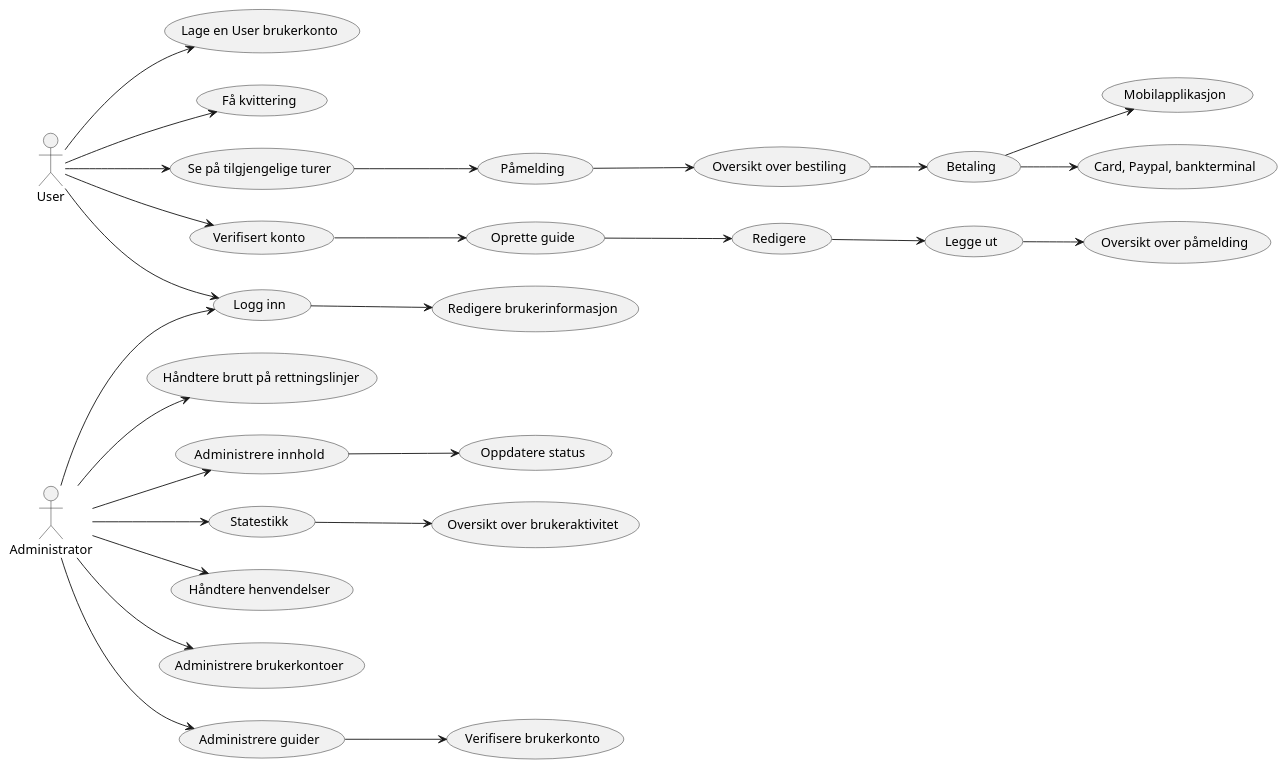
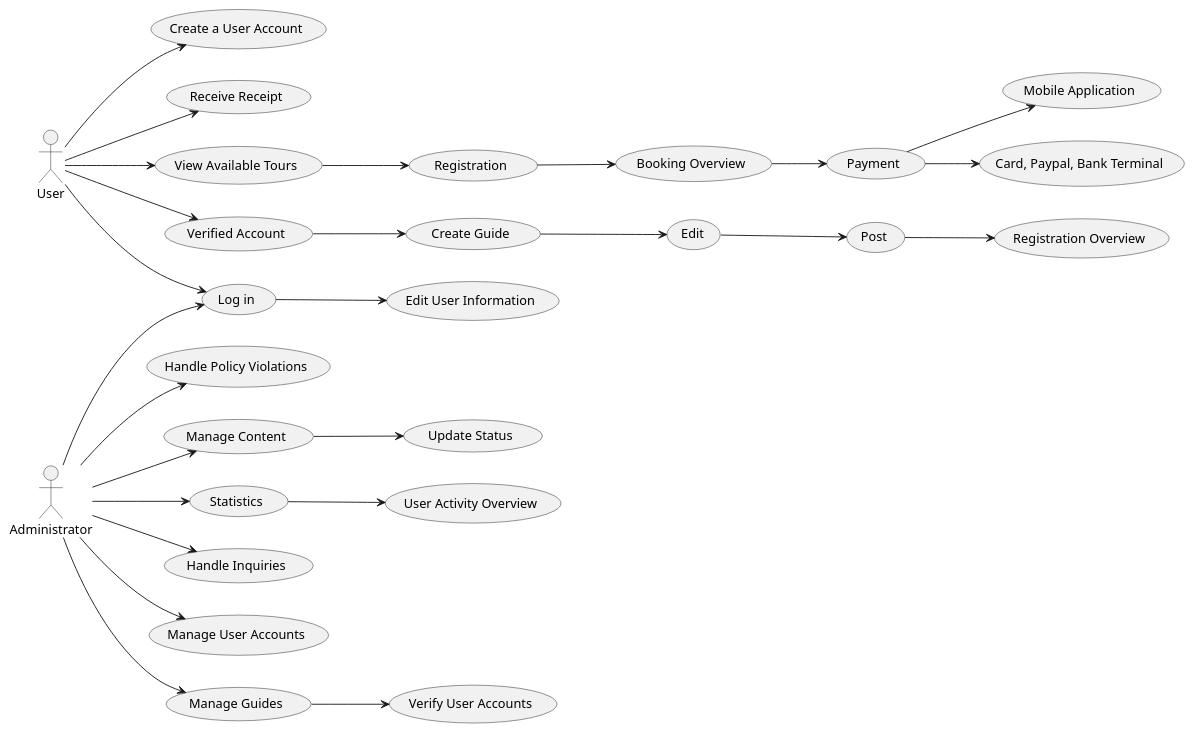
The diagram in use-case_diagram.puml (khadijo/Group18.YourGuide.Prototype), drawn with PlantUML before and after one commit.

Commit message:
The Final Use Case Diagram, That includes Admin

```diff
--- a/use-case_diagram.puml
+++ b/use-case_diagram.puml
@@ -1,36 +1,34 @@
 @startuml
 left to right direction
+
 :User: as User
 :Administrator: as Admin
-Admin --> (Logg inn)
-User --> (Logg inn)
-Admin --> (Administrere guider)
-(Administrere guider) --> (Verifisere brukerkonto)
-Admin --> (Håndtere brutt på rettningslinjer)
-Admin --> (Administrere  innhold)
-(Administrere  innhold) --> (Oppdatere status)
 
+Admin --> (Log in)
+User --> (Log in)
 
-
-Admin --> (Statestikk)
-(Statestikk) --> (Oversikt over brukeraktivitet)
-
-Admin --> (Håndtere henvendelser)
-User --> (Verifisert konto)
-
-Admin --> (Administrere brukerkontoer)
-User --> (Lage en User brukerkonto)
-User --> (Få kvittering)
-(Logg inn) --> (Redigere brukerinformasjon)
-(Verifisert konto) --> (Oprette guide)
-(Oprette guide) --> (Redigere)
-(Redigere) --> (Legge ut)
-(Legge ut) --> (Oversikt over påmelding)
-User --> (Se på tilgjengelige turer)
-(Se på tilgjengelige turer) --> (Påmelding)
-(Påmelding) --> (Oversikt over bestiling)
-(Oversikt over bestiling) --> (Betaling)
-(Betaling) --> (Card, Paypal, bankterminal)
-(Betaling) --> (Mobilapplikasjon)
+Admin --> (Manage Guides)
+(Manage Guides) --> (Verify User Accounts)
+Admin --> (Handle Policy Violations)
+Admin --> (Manage Content)
+(Manage Content) --> (Update Status)
+Admin --> (Statistics)
+(Statistics) --> (User Activity Overview)
+Admin --> (Handle Inquiries)
+User --> (Verified Account)
+Admin --> (Manage User Accounts)
+User --> (Create a User Account)
+User --> (Receive Receipt)
+(Log in) --> (Edit User Information)
+(Verified Account) --> (Create Guide)
+(Create Guide) --> (Edit)
+(Edit) --> (Post)
+(Post) --> (Registration Overview)
+User --> (View Available Tours)
+(View Available Tours) --> (Registration)
+(Registration) --> (Booking Overview)
+(Booking Overview) --> (Payment)
+(Payment) --> (Card, Paypal, Bank Terminal)
+(Payment) --> (Mobile Application)
 
 @enduml
```
